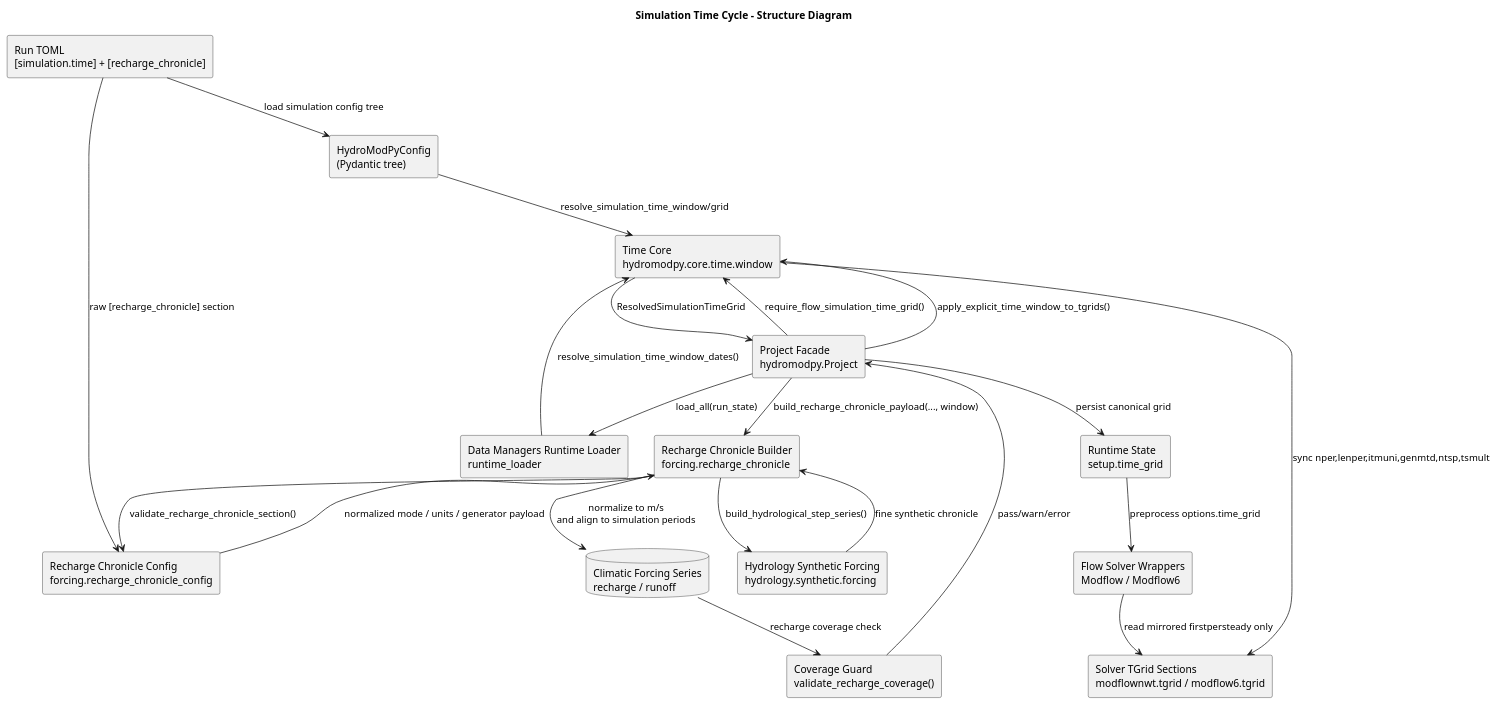
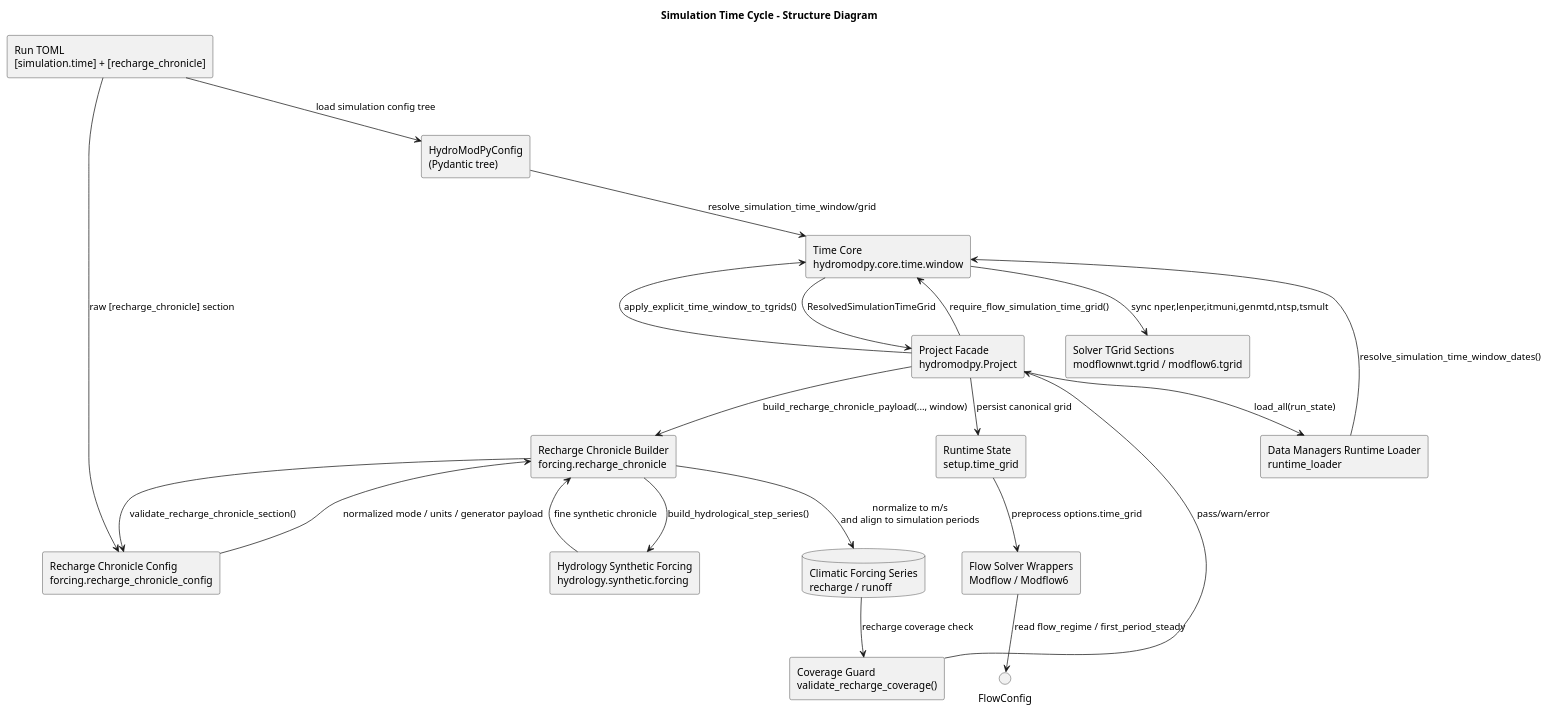
The diagram in docs/source/architecture/simulation/diagrams/simulation_time_cycle_structure.wsd (HydroModPy/HydroModPy), drawn with PlantUML before and after one commit. The commit also changed 64 other files, not shown here.

Commit message:
refactor: remove legacy temporal flow policy fields

```diff
--- a/docs/source/architecture/simulation/diagrams/simulation_time_cycle_structure.wsd
+++ b/docs/source/architecture/simulation/diagrams/simulation_time_cycle_structure.wsd
@@ -1,44 +1,44 @@
 @startuml
 title Simulation Time Cycle - Structure Diagram
 skinparam componentStyle rectangle
 
 component "Run TOML\n[simulation.time] + [recharge_chronicle]" as RunToml
 component "HydroModPyConfig\n(Pydantic tree)" as TypedConfig
 component "Time Core\nhydromodpy.core.time.window" as TimeCore
 component "Project Facade\nhydromodpy.Project" as Project
 component "Runtime State\nsetup.time_grid" as RuntimeState
 component "Solver TGrid Sections\nmodflownwt.tgrid / modflow6.tgrid" as SolverTgrid
 component "Data Managers Runtime Loader\nruntime_loader" as DataLoader
 component "Recharge Chronicle Config\nforcing.recharge_chronicle_config" as RechargeConfig
 component "Recharge Chronicle Builder\nforcing.recharge_chronicle" as RechargeBuilder
 component "Hydrology Synthetic Forcing\nhydrology.synthetic.forcing" as HydroForcing
 component "Coverage Guard\nvalidate_recharge_coverage()" as CoverageGuard
 component "Flow Solver Wrappers\nModflow / Modflow6" as FlowSolvers
 database "Climatic Forcing Series\nrecharge / runoff" as ForcingSeries
 
 RunToml --> TypedConfig : load simulation config tree
 TypedConfig --> TimeCore : resolve_simulation_time_window/grid
 
 TimeCore --> Project : ResolvedSimulationTimeGrid
 Project --> TimeCore : require_flow_simulation_time_grid()
 Project --> RuntimeState : persist canonical grid
 
 Project --> TimeCore : apply_explicit_time_window_to_tgrids()
 TimeCore --> SolverTgrid : sync nper,lenper,itmuni,genmtd,ntsp,tsmult
 
 Project --> DataLoader : load_all(run_state)
 DataLoader --> TimeCore : resolve_simulation_time_window_dates()
 
 Project --> RechargeBuilder : build_recharge_chronicle_payload(..., window)
 RunToml --> RechargeConfig : raw [recharge_chronicle] section
 RechargeBuilder --> RechargeConfig : validate_recharge_chronicle_section()
 RechargeConfig --> RechargeBuilder : normalized mode / units / generator payload
 RechargeBuilder --> HydroForcing : build_hydrological_step_series()
 HydroForcing --> RechargeBuilder : fine synthetic chronicle
 RechargeBuilder --> ForcingSeries : normalize to m/s\nand align to simulation periods
 ForcingSeries --> CoverageGuard : recharge coverage check
 CoverageGuard --> Project : pass/warn/error
 
 RuntimeState --> FlowSolvers : preprocess options.time_grid
-FlowSolvers --> SolverTgrid : read mirrored firstpersteady only
+FlowSolvers --> FlowConfig : read flow_regime / first_period_steady
 @enduml
```
